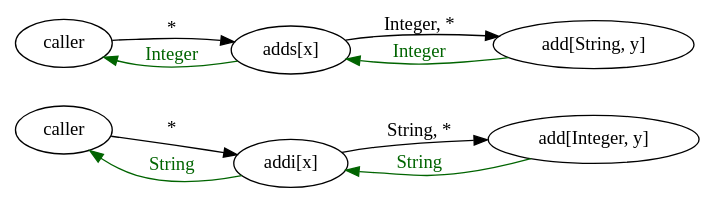
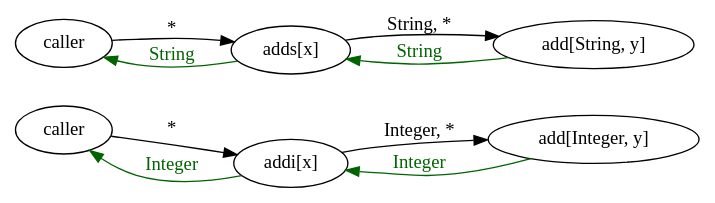
One commit to whitequark/blog changed the diagram in source/_graphs/static-ruby/callgraph-opt.dot. Above: the diagram before and after it, drawn with Graphviz. The commit also changed 3 other files, not shown here.

```diff
--- a/source/_graphs/static-ruby/callgraph-opt.dot
+++ b/source/_graphs/static-ruby/callgraph-opt.dot
@@ -1,25 +1,25 @@
 digraph {
   rankdir=LR;
   size="8,!";
 
   e_addi [label="caller"];
   addi [label="addi[x]"];
   e_adds [label="caller"];
   adds [label="adds[x]"];
   add_sa [label="add[String, y]"]
   add_ia [label="add[Integer, y]"]
 
   e_addi -> addi [label="*"];
-  addi -> e_addi [label="String", color="/svg/darkgreen", fontcolor="/svg/darkgreen"];
-  addi -> add_ia [label="String, *"];
-  add_ia -> addi [label="String", color="/svg/darkgreen", fontcolor="/svg/darkgreen"];
+  addi -> e_addi [label="Integer", color="/svg/darkgreen", fontcolor="/svg/darkgreen"];
+  addi -> add_ia [label="Integer, *"];
+  add_ia -> addi [label="Integer", color="/svg/darkgreen", fontcolor="/svg/darkgreen"];
 
   e_adds -> adds [label="*"];
-  adds -> e_adds [label="Integer", color="/svg/darkgreen", fontcolor="/svg/darkgreen"];
-  adds -> add_sa [label="Integer, *"];
-  add_sa -> adds [label="Integer", color="/svg/darkgreen", fontcolor="/svg/darkgreen"];
+  adds -> e_adds [label="String", color="/svg/darkgreen", fontcolor="/svg/darkgreen"];
+  adds -> add_sa [label="String, *"];
+  add_sa -> adds [label="String", color="/svg/darkgreen", fontcolor="/svg/darkgreen"];
 
   { rank=same; e_addi e_adds }
   { rank=same; addi adds }
   { rank=same; add_ia add_sa }
 }
```
